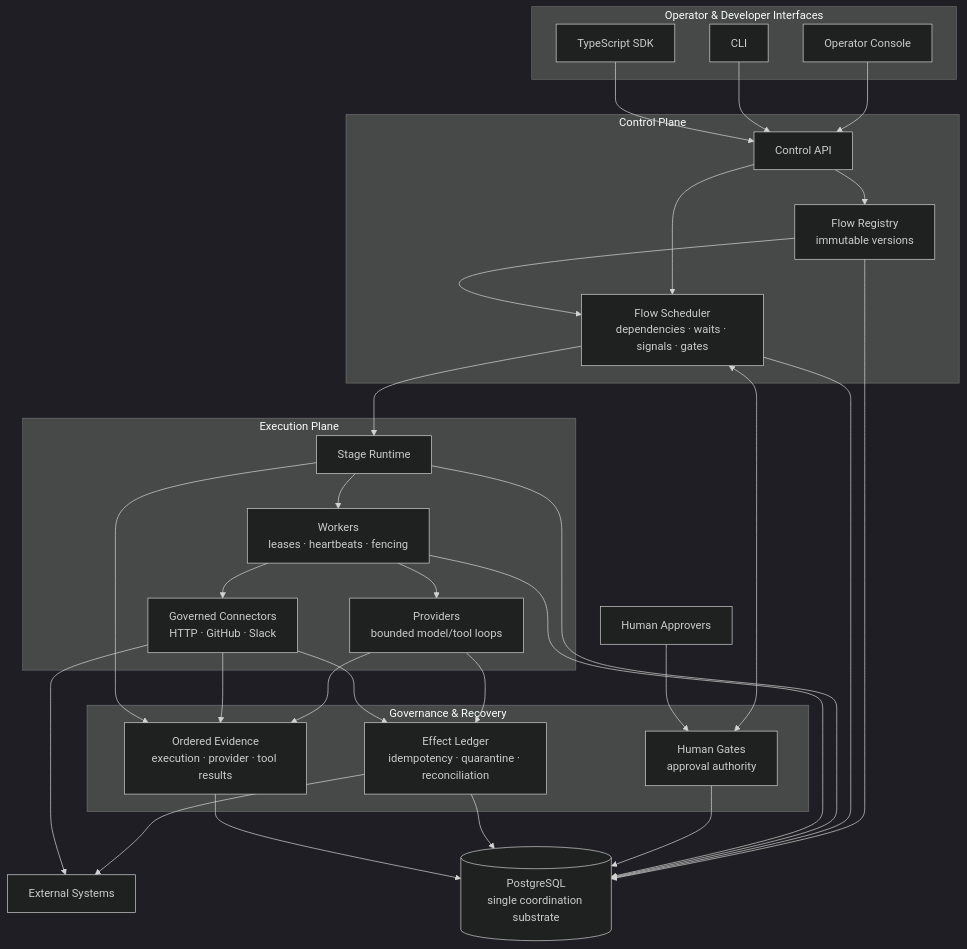
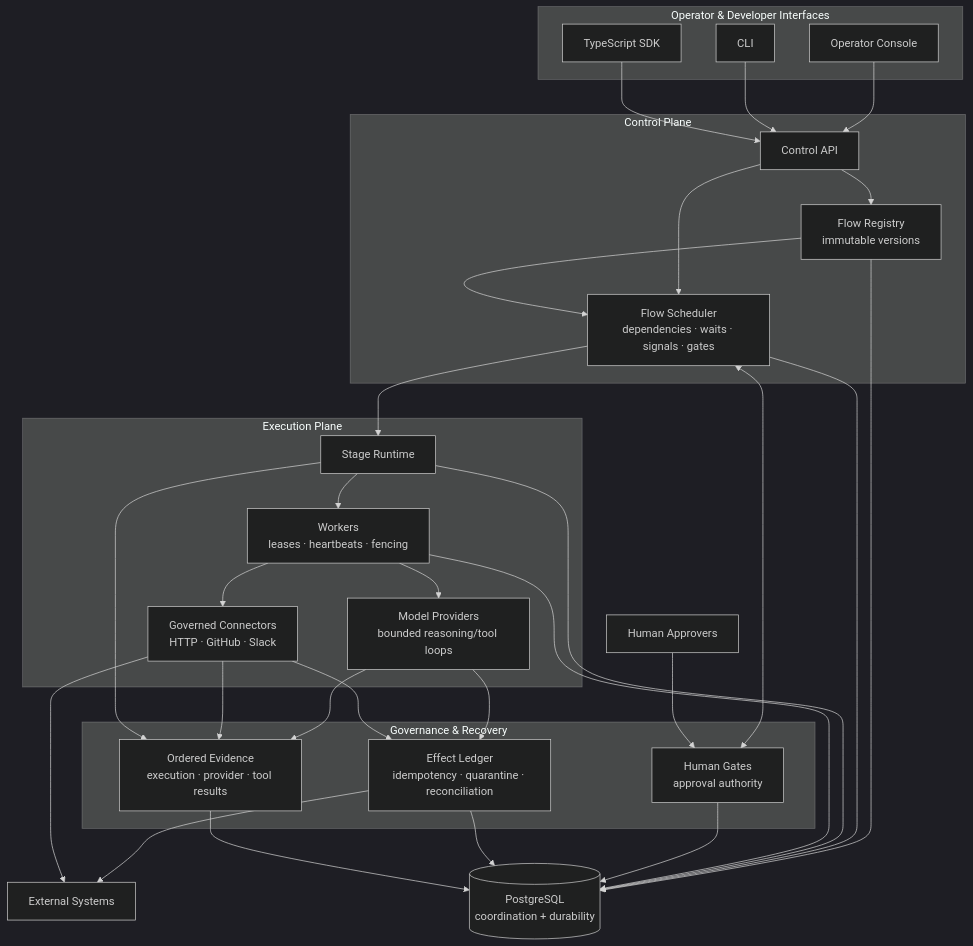
One commit to SaridakisStamatisChristos/AegisFlow changed the diagram in README.md. Above: the diagram before and after it, drawn with Mermaid (dark theme). The commit also changed other lines of this file and 63 other files, not shown here.

````diff
--- a/README.md
+++ b/README.md
@@ -48,63 +36,58 @@
 ```mermaid
 flowchart TB
     subgraph Interfaces["Operator & Developer Interfaces"]
         Console["Operator Console"]
         CLI["CLI"]
         SDK["TypeScript SDK"]
     end
 
     subgraph ControlPlane["Control Plane"]
         API["Control API"]
         Registry["Flow Registry<br/>immutable versions"]
         Scheduler["Flow Scheduler<br/>dependencies · waits · signals · gates"]
     end
 
     subgraph ExecutionPlane["Execution Plane"]
-        StageRuntime["Stage Runtime"]
+        Runtime["Stage Runtime"]
         Workers["Workers<br/>leases · heartbeats · fencing"]
-        Providers["Providers<br/>bounded model/tool loops"]
+        Providers["Model Providers<br/>bounded reasoning/tool loops"]
         Connectors["Governed Connectors<br/>HTTP · GitHub · Slack"]
     end
 
     subgraph Governance["Governance & Recovery"]
         Gates["Human Gates<br/>approval authority"]
         Effects["Effect Ledger<br/>idempotency · quarantine · reconciliation"]
         Evidence["Ordered Evidence<br/>execution · provider · tool results"]
     end
 
-    DB[("PostgreSQL<br/>single coordination substrate")]
+    DB[("PostgreSQL<br/>coordination + durability")]
     Human["Human Approvers"]
     External["External Systems"]
 
     Console --> API
     CLI --> API
     SDK --> API
-
     API --> Registry
     API --> Scheduler
     Registry --> Scheduler
-    Scheduler --> StageRuntime
+    Scheduler --> Runtime
     Scheduler <--> Gates
-
-    StageRuntime --> Workers
+    Runtime --> Workers
     Workers --> Providers
     Workers --> Connectors
-
     Providers --> Effects
     Connectors --> Effects
     Providers --> Evidence
     Connectors --> Evidence
-    StageRuntime --> Evidence
-
+    Runtime --> Evidence
     Human --> Gates
     Effects --> External
     Connectors --> External
-
     Registry --> DB
     Scheduler --> DB
-    StageRuntime --> DB
+    Runtime --> DB
     Workers --> DB
     Gates --> DB
     Effects --> DB
     Evidence --> DB
 ```
````
